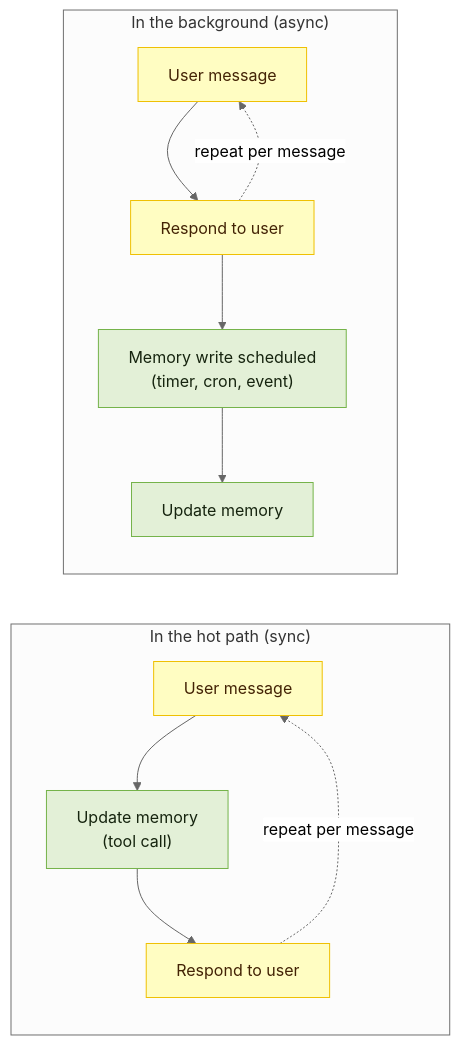
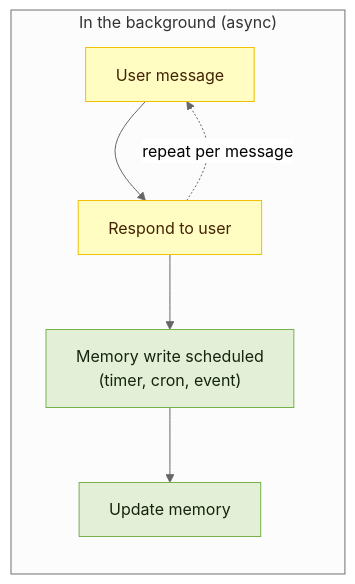
The sixth of 13 diagrams in data/blogs/context-engineering-for-ai-agents.mdx (artreimus/ylang-labs-blog), drawn with Mermaid (neutral theme) before and after one commit. The commit also changed other lines of this file, not shown here.

Commit message:
docs(blog): Enhance context engineering diagrams layout

`````diff
--- a/data/blogs/context-engineering-for-ai-agents.mdx
+++ b/data/blogs/context-engineering-for-ai-agents.mdx
@@ -171,19 +223,12 @@
 ```mermaid
-flowchart LR
+flowchart TB
   classDef primary fill:#fffdc2,stroke:#efc003,stroke-width:1px,color:#432305;
   classDef secondary fill:#e3f0d7,stroke:#75b34a,stroke-width:1px,color:#16240f;
 
-subgraph HOT["In the hot path (sync)"]
-direction TB
-H1["User message"]:::primary --> H2["Update memory<br/>(tool call)"]:::secondary --> H3["Respond to user"]:::primary
-H3 -. repeat per message .-> H1
-end
-
-subgraph BG["In the background (async)"]
-direction TB
-B1["User message"]:::primary --> B2["Respond to user"]:::primary
-B2 -. repeat per message .-> B1
-B2 --> B3["Memory write scheduled<br/>(timer, cron, event)"]:::secondary --> B4["Update memory"]:::secondary
-end
-
+  subgraph BG["In the background (async)"]
+    direction TB
+    B1["User message"]:::primary --> B2["Respond to user"]:::primary
+    B2 -. repeat per message .-> B1
+    B2 --> B3["Memory write scheduled<br/>(timer, cron, event)"]:::secondary --> B4["Update memory"]:::secondary
+  end
 ````
`````
